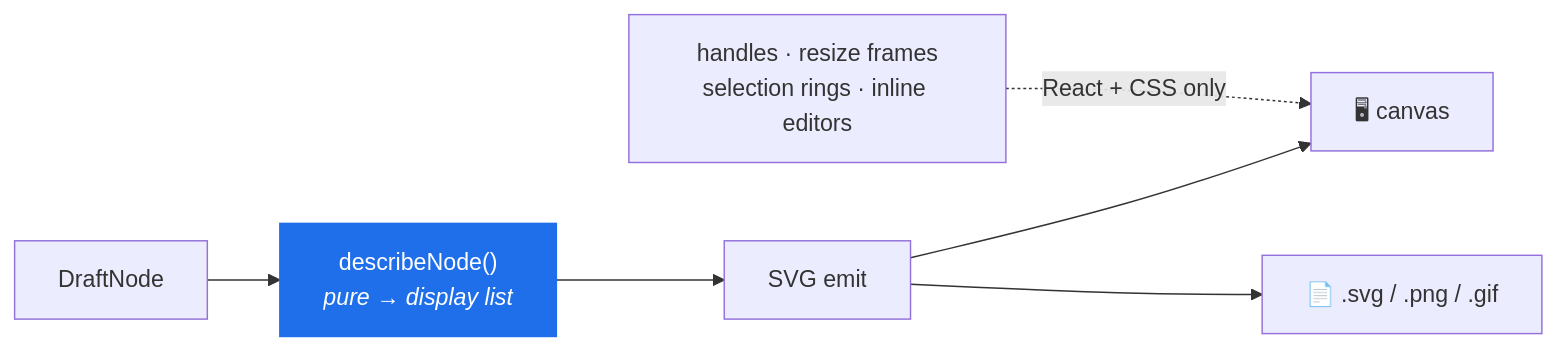
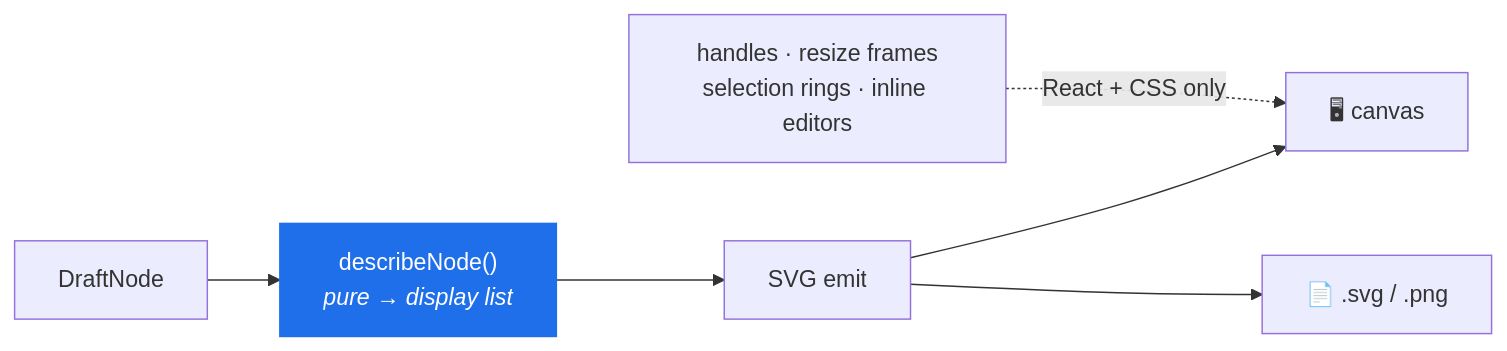
One commit to acltabontabon/draft-canvas changed the second of 7 diagrams in docs/reference/architecture.md. Above: the diagram before and after it, drawn with Mermaid. The commit also changed other lines of this file and 29 other files, not shown here.

````diff
--- a/docs/reference/architecture.md
+++ b/docs/reference/architecture.md
@@ -111,11 +111,11 @@
 ```mermaid
 flowchart LR
     NODE["DraftNode"] --> DESC["describeNode()<br/><i>pure → display list</i>"]
     DESC --> EMIT["SVG emit"]
     EMIT --> SCREEN["🖥 canvas"]
-    EMIT --> FILE["📄 .svg / .png / .gif"]
+    EMIT --> FILE["📄 .svg / .png"]
 
     CHROME["handles · resize frames<br/>selection rings · inline editors"] -.->|React + CSS only| SCREEN
 
     style DESC fill:#1f6feb,color:#fff,stroke:#1f6feb
 ```
````
